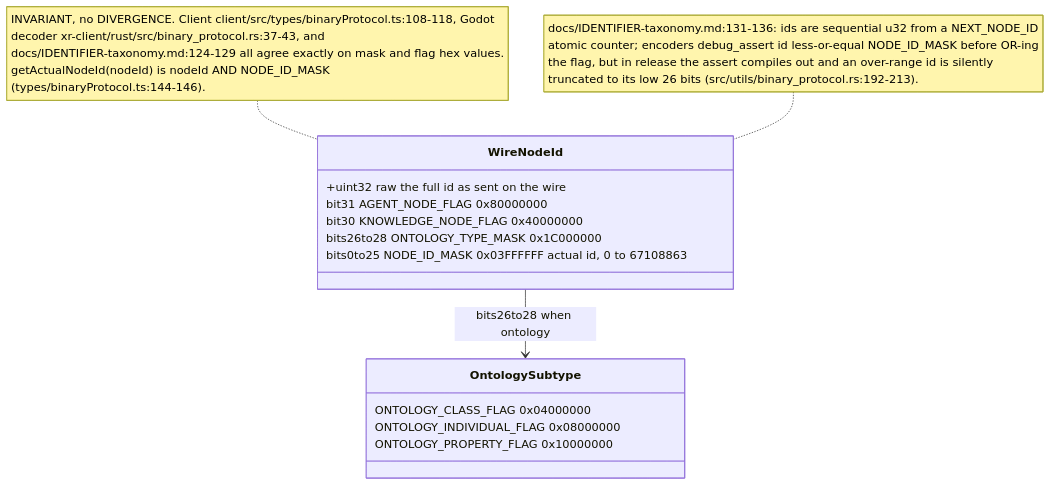
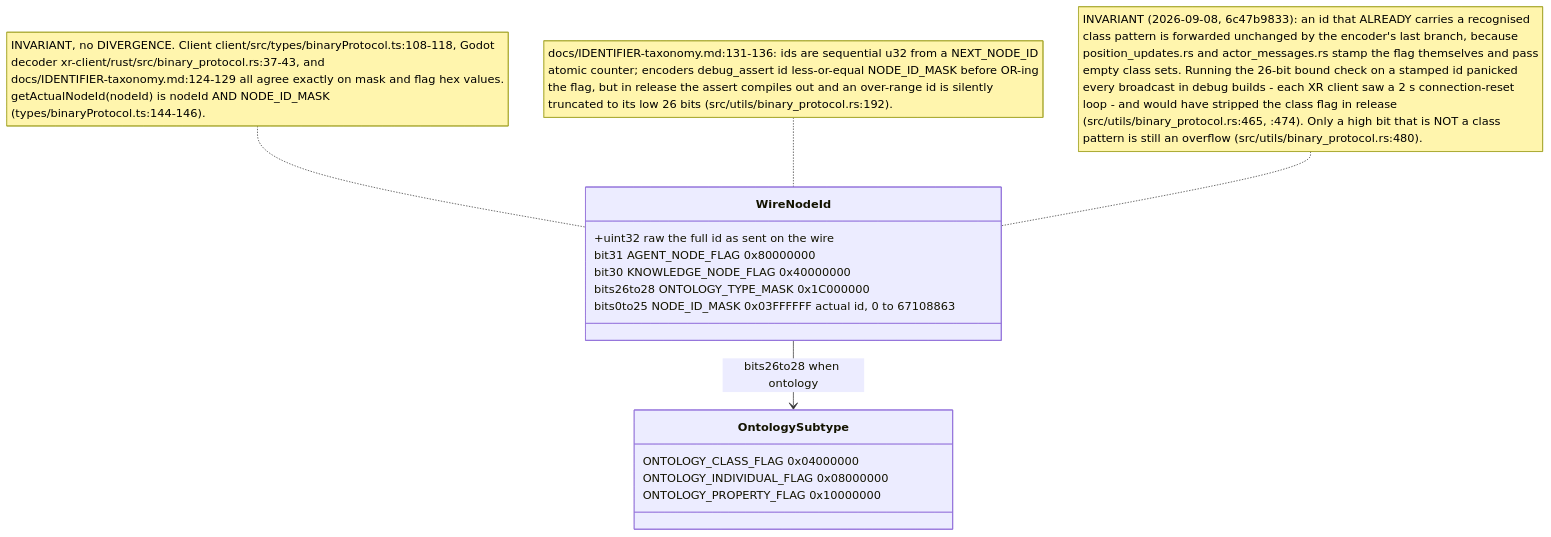
The sixth of 16 diagrams in docs/diagrams/visionclaw/32-client-websocket-and-binary.md (DreamLab-AI/VisionFlow), drawn with Mermaid before and after one commit. The commit also changed other lines of this file and 32 other files, not shown here.

````diff
--- a/docs/diagrams/visionclaw/32-client-websocket-and-binary.md
+++ b/docs/diagrams/visionclaw/32-client-websocket-and-binary.md
@@ -251,18 +252,19 @@
 ```mermaid
 classDiagram
     class WireNodeId {
       +uint32 raw  the full id as sent on the wire
       bit31 AGENT_NODE_FLAG 0x80000000
       bit30 KNOWLEDGE_NODE_FLAG 0x40000000
       bits26to28 ONTOLOGY_TYPE_MASK 0x1C000000
       bits0to25 NODE_ID_MASK 0x03FFFFFF  actual id, 0 to 67108863
     }
     class OntologySubtype {
       ONTOLOGY_CLASS_FLAG 0x04000000
       ONTOLOGY_INDIVIDUAL_FLAG 0x08000000
       ONTOLOGY_PROPERTY_FLAG 0x10000000
     }
     WireNodeId --> OntologySubtype : bits26to28 when ontology
     note for WireNodeId "INVARIANT, no DIVERGENCE. Client client/src/types/binaryProtocol.ts:108-118, Godot<br/>decoder xr-client/rust/src/binary_protocol.rs:37-43, and<br/>docs/IDENTIFIER-taxonomy.md:124-129 all agree exactly on mask and flag hex values.<br/>getActualNodeId(nodeId) is nodeId AND NODE_ID_MASK<br/>(types/binaryProtocol.ts:144-146)."
-    note for WireNodeId "docs/IDENTIFIER-taxonomy.md:131-136: ids are sequential u32 from a NEXT_NODE_ID<br/>atomic counter; encoders debug_assert id less-or-equal NODE_ID_MASK before OR-ing<br/>the flag, but in release the assert compiles out and an over-range id is silently<br/>truncated to its low 26 bits (src/utils/binary_protocol.rs:192-213)."
+    note for WireNodeId "docs/IDENTIFIER-taxonomy.md:131-136: ids are sequential u32 from a NEXT_NODE_ID<br/>atomic counter; encoders debug_assert id less-or-equal NODE_ID_MASK before OR-ing<br/>the flag, but in release the assert compiles out and an over-range id is silently<br/>truncated to its low 26 bits (src/utils/binary_protocol.rs:192)."
+    note for WireNodeId "INVARIANT (2026-09-08, 6c47b9833): an id that ALREADY carries a recognised<br/>class pattern is forwarded unchanged by the encoder's last branch, because<br/>position_updates.rs and actor_messages.rs stamp the flag themselves and pass<br/>empty class sets. Running the 26-bit bound check on a stamped id panicked<br/>every broadcast in debug builds - each XR client saw a 2 s connection-reset<br/>loop - and would have stripped the class flag in release<br/>(src/utils/binary_protocol.rs:465, :474). Only a high bit that is NOT a class<br/>pattern is still an overflow (src/utils/binary_protocol.rs:480)."
 ```
````
